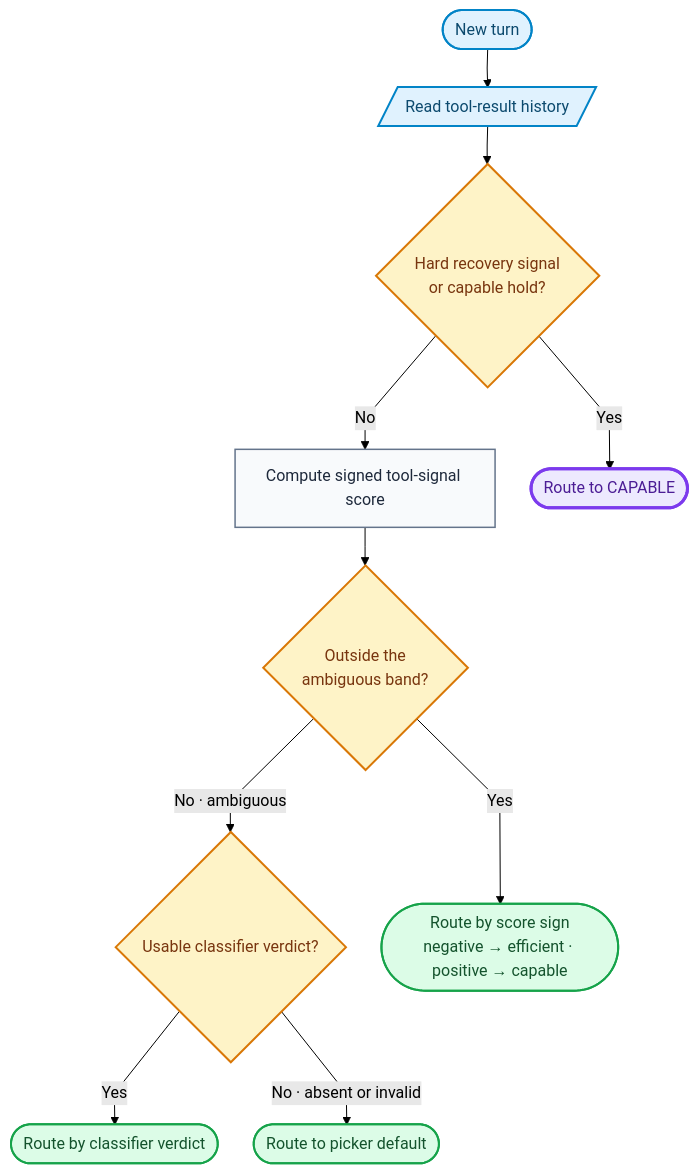
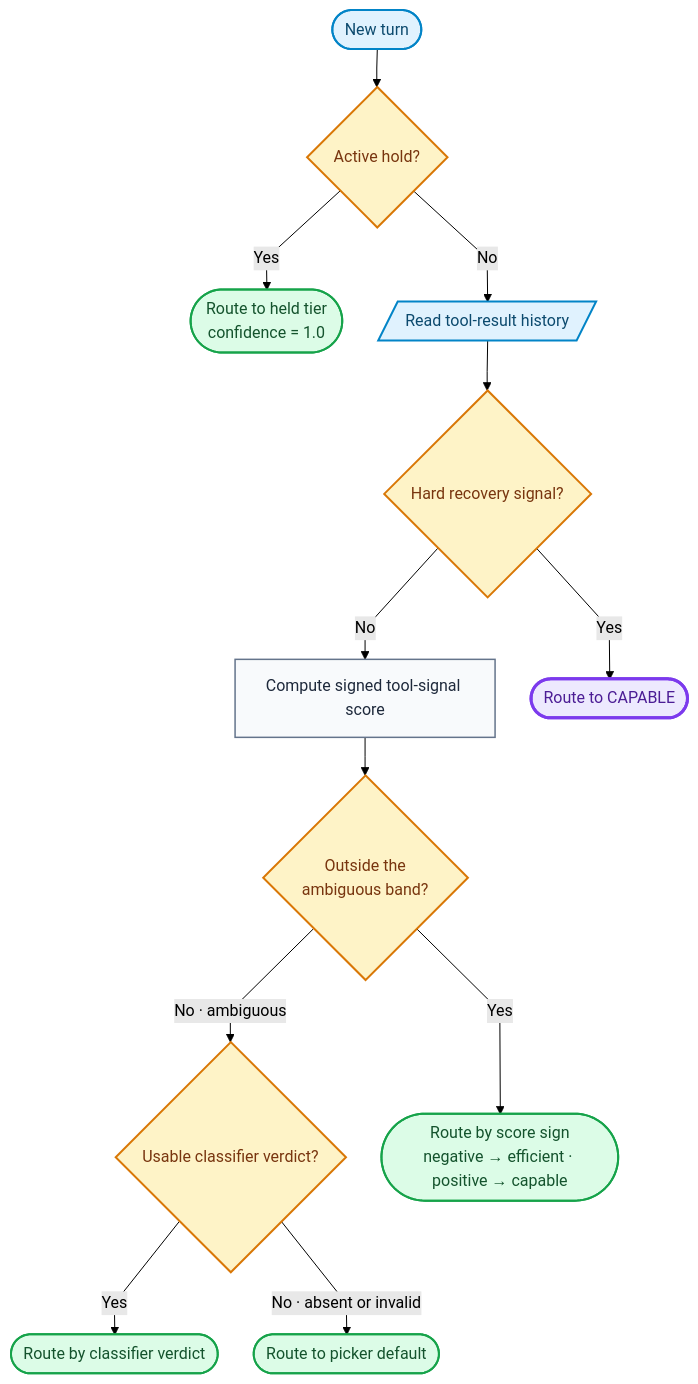
Before and after one commit to NVIDIA-NeMo/Switchyard: the diagram in docs/routing_algorithms/stage_router_routing.md, drawn with Mermaid (forest theme). The commit also changed other lines of this file and 6 other files, not shown here.

````diff
--- a/docs/routing_algorithms/stage_router_routing.md
+++ b/docs/routing_algorithms/stage_router_routing.md
@@ -52,36 +52,40 @@
 ```mermaid
 %%{init: {"flowchart": {"curve": "linear", "nodeSpacing": 36, "rankSpacing": 38}}}%%
 flowchart TB
     start(["New turn"])
+    hold{"Active hold?"}
+    heldRoute(["Route to held tier<br/>confidence = 1.0"])
     history[/"Read tool-result history"/]
-    recovery{"Hard recovery signal<br/>or capable hold?"}
+    recovery{"Hard recovery signal?"}
     scorer["Compute signed tool-signal score"]
     band{"Outside the<br/>ambiguous band?"}
     classifier{"Usable classifier verdict?"}
     capable(["Route to CAPABLE"])
     signalRoute(["Route by score sign<br/>negative → efficient · positive → capable"])
     classifierRoute(["Route by classifier verdict"])
     defaultRoute(["Route to picker default"])
 
-    start --> history
+    start --> hold
+    hold -->|Yes| heldRoute
+    hold -->|No| history
     history --> recovery
     recovery -->|Yes| capable
     recovery -->|No| scorer
     scorer --> band
     band -->|Yes| signalRoute
     band -->|No · ambiguous| classifier
     classifier -->|Yes| classifierRoute
     classifier -->|No · absent or invalid| defaultRoute
 
     classDef input fill:#e0f2fe,stroke:#0284c7,color:#0c4a6e,stroke-width:2px;
     classDef process fill:#f8fafc,stroke:#64748b,color:#1e293b,stroke-width:1.5px;
     classDef decision fill:#fef3c7,stroke:#d97706,color:#78350f,stroke-width:2px;
     classDef capable fill:#ede9fe,stroke:#7c3aed,color:#4c1d95,stroke-width:3px;
     classDef outcome fill:#dcfce7,stroke:#16a34a,color:#14532d,stroke-width:2px;
 
     class start,history input;
     class scorer process;
-    class recovery,band,classifier decision;
+    class hold,recovery,band,classifier decision;
     class capable capable;
-    class signalRoute,classifierRoute,defaultRoute outcome;
+    class heldRoute,signalRoute,classifierRoute,defaultRoute outcome;
 ```
````
